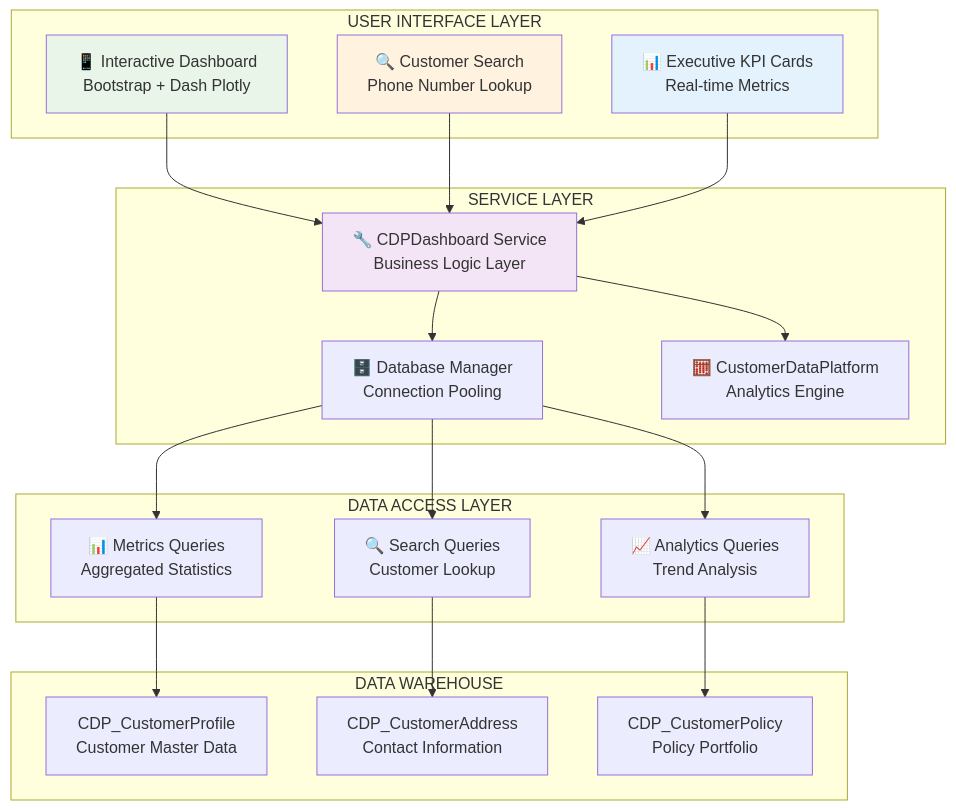
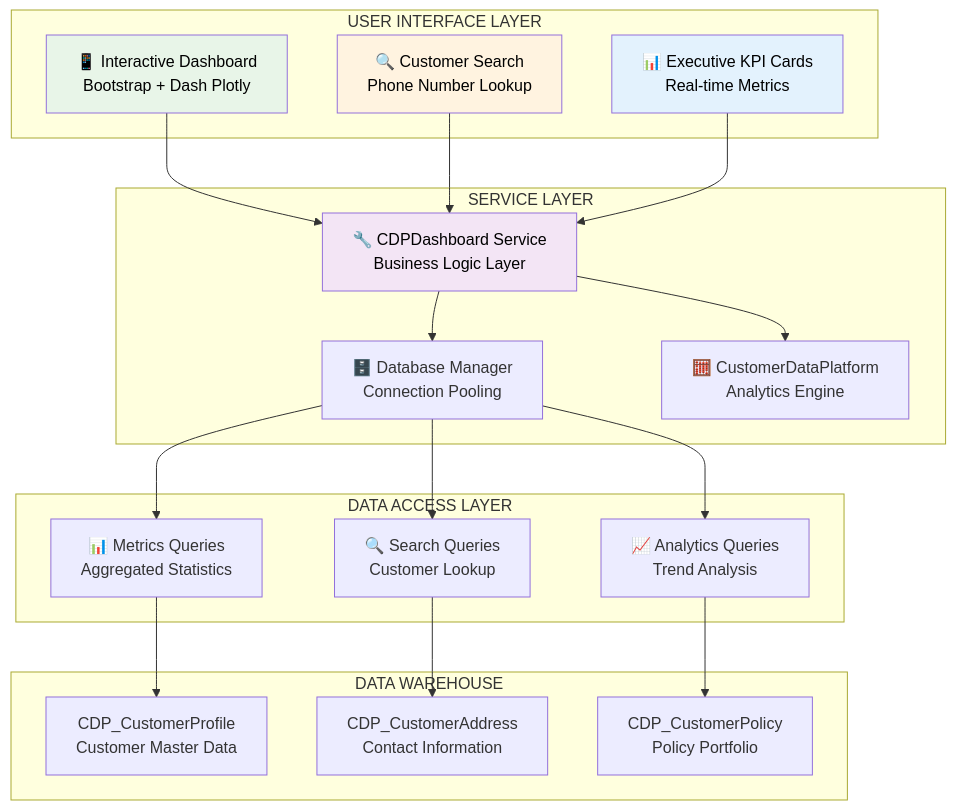
The sixth of 13 diagrams in README_CDP_PAC.md (sonphampac/ReportAI), drawn with Mermaid before and after one commit. The commit also changed other lines of this file, not shown here.

````diff
--- a/README_CDP_PAC.md
+++ b/README_CDP_PAC.md
@@ -854,46 +831,46 @@
 ```mermaid
 graph TB
     subgraph "USER INTERFACE LAYER"
         UI1[📱 Interactive Dashboard<br/>Bootstrap + Dash Plotly]
         UI2[🔍 Customer Search<br/>Phone Number Lookup]
         UI3[📊 Executive KPI Cards<br/>Real-time Metrics]
     end
     
     subgraph "SERVICE LAYER"
         S1[🔧 CDPDashboard Service<br/>Business Logic Layer]
         S2[🗄️ Database Manager<br/>Connection Pooling]
         S3[🧮 CustomerDataPlatform<br/>Analytics Engine]
     end
     
     subgraph "DATA ACCESS LAYER"
         D1[📊 Metrics Queries<br/>Aggregated Statistics]
         D2[🔍 Search Queries<br/>Customer Lookup]
         D3[📈 Analytics Queries<br/>Trend Analysis]
     end
     
     subgraph "DATA WAREHOUSE"
         DW1[CDP_CustomerProfile<br/>Customer Master Data]
         DW2[CDP_CustomerAddress<br/>Contact Information]  
         DW3[CDP_CustomerPolicy<br/>Policy Portfolio]
     end
     
     UI1 --> S1
     UI2 --> S1
     UI3 --> S1
     
     S1 --> S2
     S1 --> S3
     
     S2 --> D1
     S2 --> D2
     S2 --> D3
     
     D1 --> DW1
     D2 --> DW2
     D3 --> DW3
     
-    style UI1 fill:#e8f5e8
-    style UI2 fill:#fff3e0
-    style UI3 fill:#e3f2fd
-    style S1 fill:#f3e5f5
+    style UI1 fill:#e8f5e8,color:#000000
+    style UI2 fill:#fff3e0,color:#000000
+    style UI3 fill:#e3f2fd,color:#000000
+    style S1 fill:#f3e5f5,color:#000000
 ```
````
